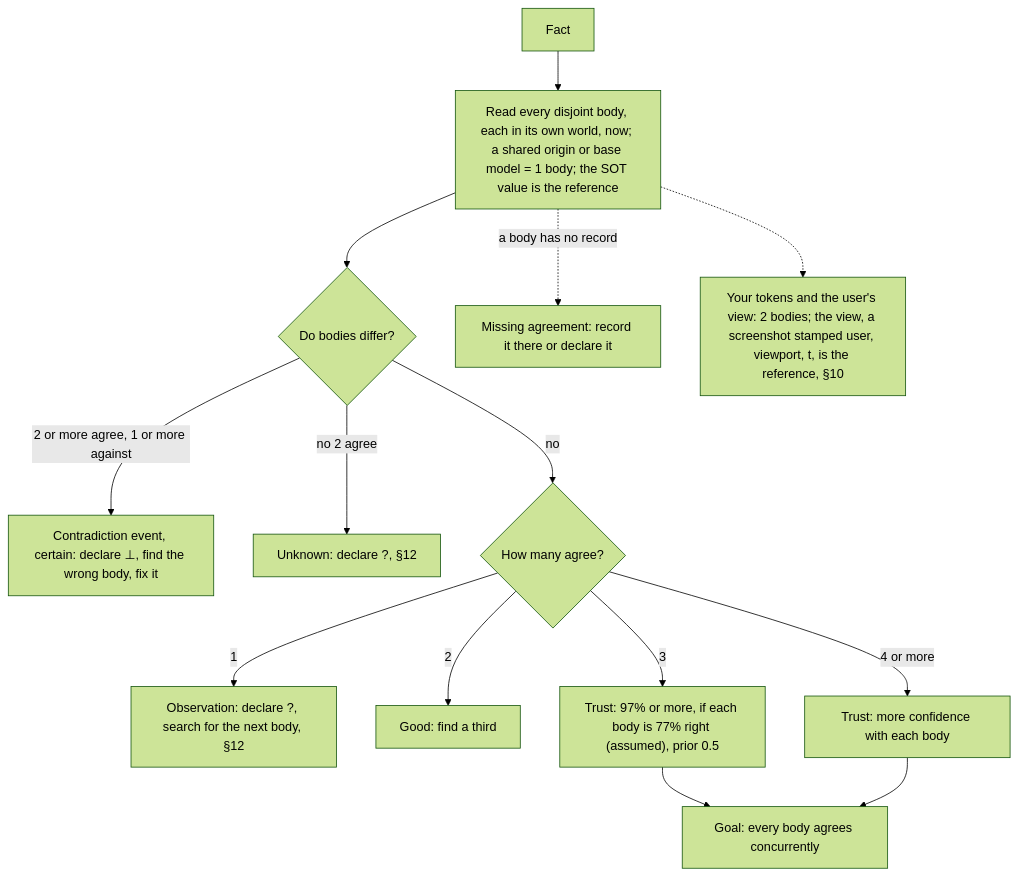
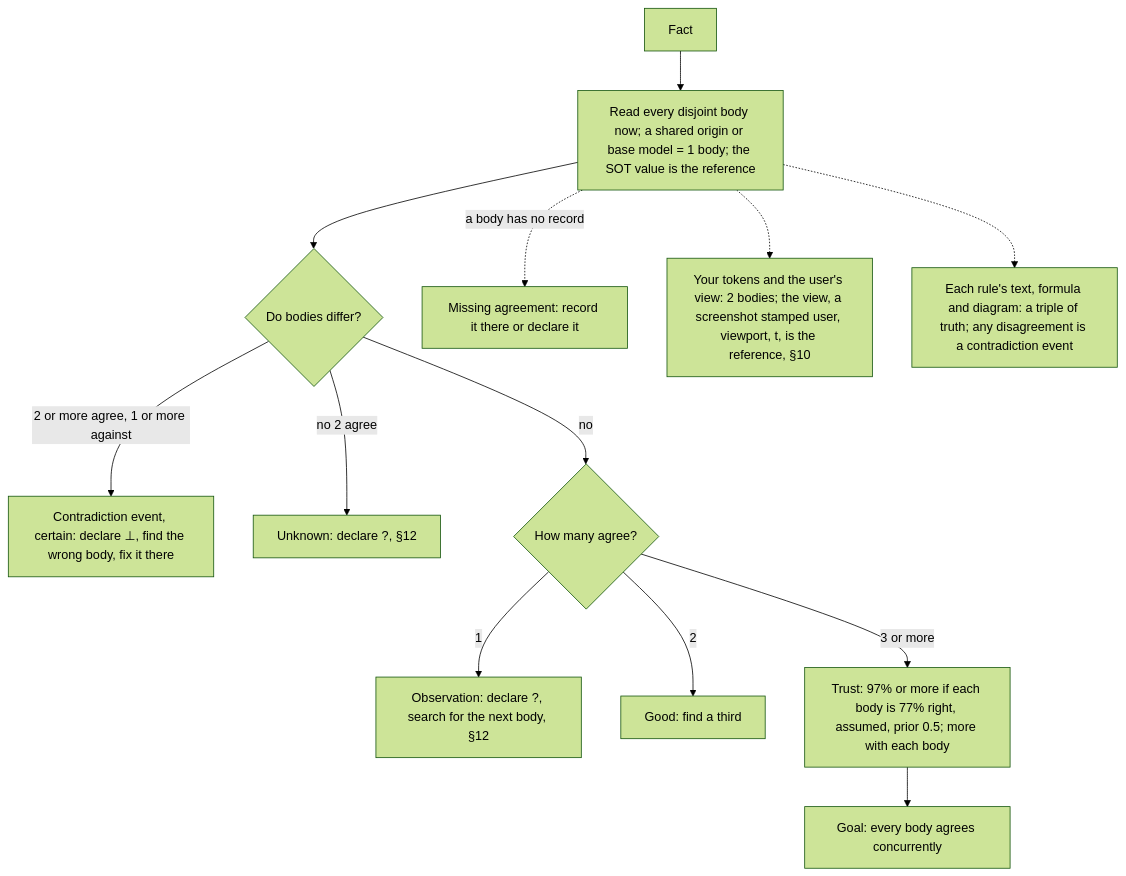
Before and after one commit to SolenixAI/arbiter: diagram 14 of 14 in AGENTS.md, drawn with Mermaid (forest theme). The commit also changed other lines of this file and 1 other file, not shown here.

First line of the commit message:
refactor(agents): every token earns its place: -20.5% per request, all rules and forms kept

````diff
--- a/AGENTS.md
+++ b/AGENTS.md
@@ -677,16 +538,15 @@
 ```mermaid
 flowchart TD
-  F[Fact] --> B["Read every disjoint body, each in its own world, now; a shared origin or base model = 1 body; the SOT value is the reference"]
+  F[Fact] --> B["Read every disjoint body now; a shared origin or base model = 1 body; the SOT value is the reference"]
   B --> D{Do bodies differ?}
-  D -->|2 or more agree, 1 or more against| C["Contradiction event, certain: declare ⊥, find the wrong body, fix it"]
+  D -->|2 or more agree, 1 or more against| C["Contradiction event, certain: declare ⊥, find the wrong body, fix it there"]
   D -->|no 2 agree| U["Unknown: declare ?, §12"]
   D -->|no| N{How many agree?}
   N -->|1| O["Observation: declare ?, search for the next body, §12"]
   N -->|2| G[Good: find a third]
-  N -->|3| T["Trust: 97% or more, if each body is 77% right (assumed), prior 0.5"]
-  N -->|4 or more| M[Trust: more confidence with each body]
+  N -->|3 or more| T["Trust: 97% or more if each body is 77% right, assumed, prior 0.5; more with each body"]
   B -.->|a body has no record| Mi[Missing agreement: record it there or declare it]
   B -.-> TP["Your tokens and the user's view: 2 bodies; the view, a screenshot stamped user, viewport, t, is the reference, §10"]
+  B -.-> TR["Each rule's text, formula and diagram: a triple of truth; any disagreement is a contradiction event"]
   T --> Goal[Goal: every body agrees concurrently]
-  M --> Goal
 ```
````
